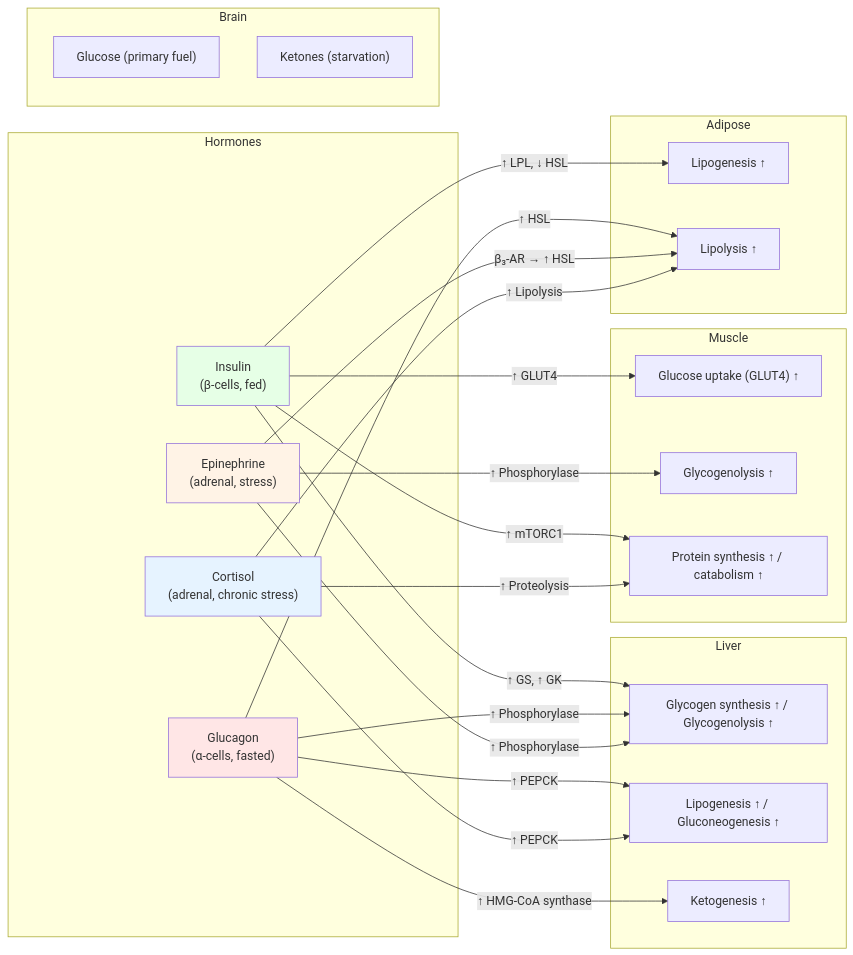
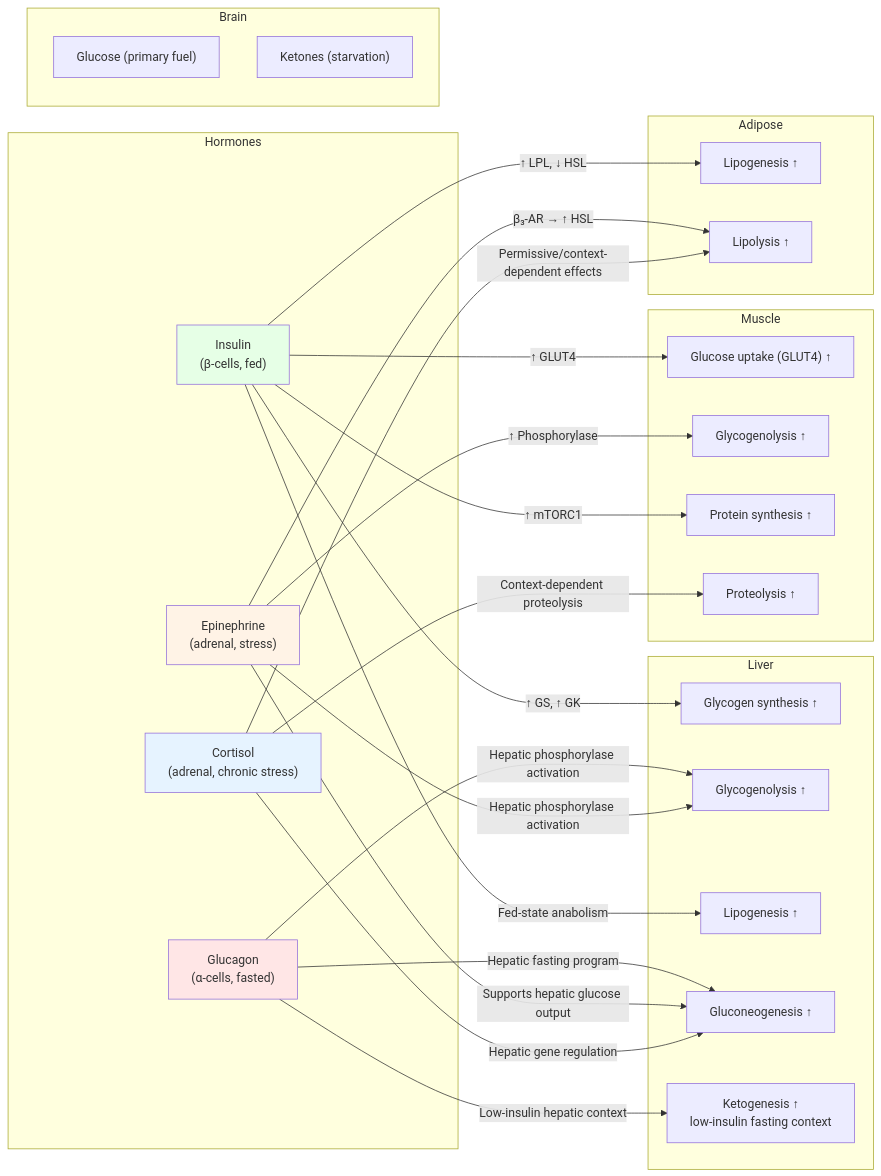
The fifth of 5 diagrams in docs/manuscript/unit_III/metabolic_integration.md (docxology/biology_textbook), drawn with Mermaid before and after one commit. The commit also changed other lines of this file and 444 other files, not shown here.

````diff
--- a/docs/manuscript/unit_III/metabolic_integration.md
+++ b/docs/manuscript/unit_III/metabolic_integration.md
@@ -679,54 +658,58 @@
 ```mermaid
 graph LR
     subgraph Hormones
         INS["Insulin<br/>(β-cells, fed)"]
         GLU["Glucagon<br/>(α-cells, fasted)"]
         EPI["Epinephrine<br/>(adrenal, stress)"]
         CORT["Cortisol<br/>(adrenal, chronic stress)"]
     end
 
     subgraph Liver
-        L1["Glycogen synthesis ↑ / Glycogenolysis ↑"]
-        L2["Lipogenesis ↑ / Gluconeogenesis ↑"]
-        L3["Ketogenesis ↑"]
+        L1["Glycogen synthesis ↑"]
+        Lgly["Glycogenolysis ↑"]
+        L2["Lipogenesis ↑"]
+        Lgng["Gluconeogenesis ↑"]
+        L3["Ketogenesis ↑<br/>low-insulin fasting context"]
     end
 
     subgraph Muscle
         M1["Glucose uptake (GLUT4) ↑"]
         M2["Glycogenolysis ↑"]
-        M3["Protein synthesis ↑ / catabolism ↑"]
+        M3["Protein synthesis ↑"]
+        Mprot["Proteolysis ↑"]
     end
 
     subgraph Adipose
         A1["Lipogenesis ↑"]
         A2["Lipolysis ↑"]
     end
 
     subgraph Brain
         B1["Glucose (primary fuel)"]
         B2["Ketones (starvation)"]
     end
 
     INS -->|"↑ GS, ↑ GK"| L1
+    INS -->|"Fed-state anabolism"| L2
     INS -->|"↑ GLUT4"| M1
     INS -->|"↑ LPL, ↓ HSL"| A1
     INS -->|"↑ mTORC1"| M3
 
-    GLU -->|"↑ Phosphorylase"| L1
-    GLU -->|"↑ PEPCK"| L2
-    GLU -->|"↑ HMG-CoA synthase"| L3
-    GLU -->|"↑ HSL"| A2
+    GLU -->|"Hepatic phosphorylase activation"| Lgly
+    GLU -->|"Hepatic fasting program"| Lgng
+    GLU -->|"Low-insulin hepatic context"| L3
 
-    EPI -->|"↑ Phosphorylase"| L1
+    EPI -->|"Hepatic phosphorylase activation"| Lgly
+    EPI -->|"Supports hepatic glucose output"| Lgng
     EPI -->|"↑ Phosphorylase"| M2
     EPI -->|"β₃-AR → ↑ HSL"| A2
 
-    CORT -->|"↑ PEPCK"| L2
-    CORT -->|"↑ Proteolysis"| M3
-    CORT -->|"↑ Lipolysis"| A2
+    CORT -->|"Hepatic gene regulation"| Lgng
+    CORT -->|"Context-dependent proteolysis"| Mprot
+    CORT -->|"Permissive/context-dependent effects"| A2
 
     style INS fill:#e6ffe6
     style GLU fill:#ffe6e6
     style EPI fill:#fff3e6
     style CORT fill:#e6f3ff
 ```
````
